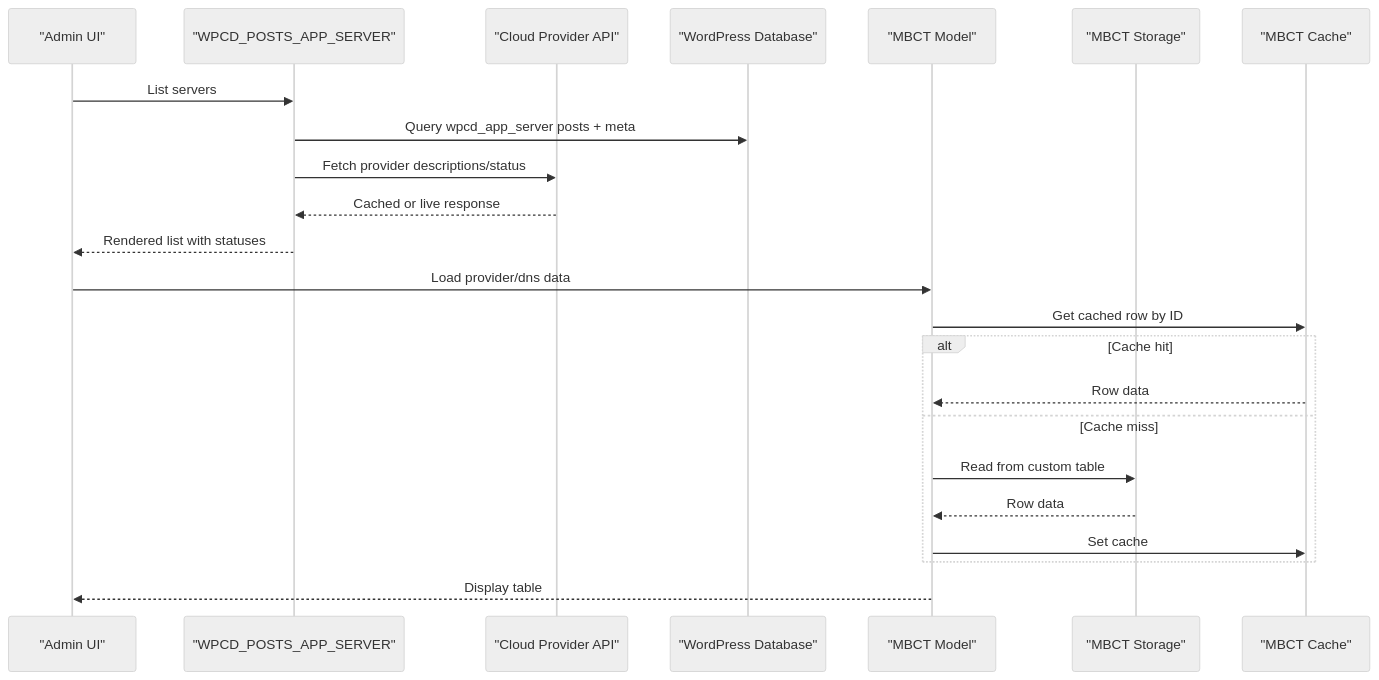
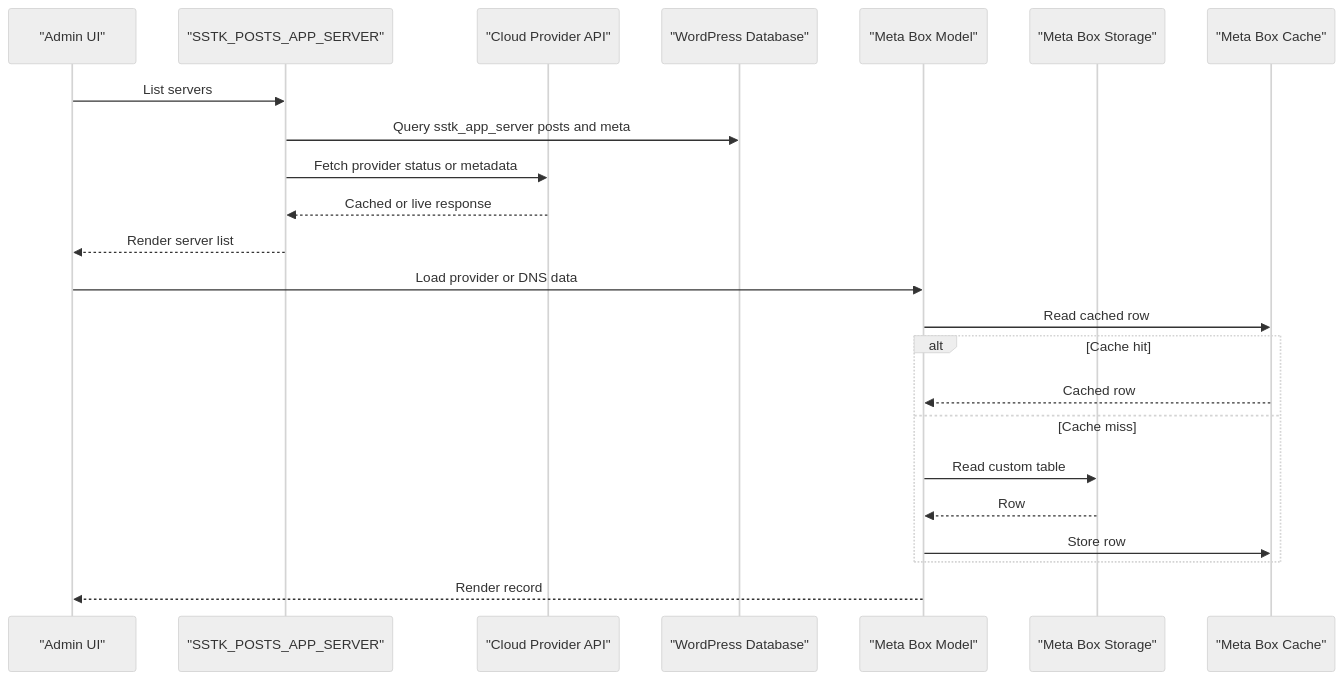
The second of 3 diagrams in .qoder/repowiki/en/content/Data Management/Data Access Patterns.md (onedogsolutions/simple-stack), drawn with Mermaid (neutral theme) before and after one commit. The commit also changed other lines of this file and 5941 other files, not shown here.

````diff
--- a/.qoder/repowiki/en/content/Data Management/Data Access Patterns.md
+++ b/.qoder/repowiki/en/content/Data Management/Data Access Patterns.md
@@ -117,25 +86,25 @@
 ```mermaid
 sequenceDiagram
 participant Admin as "Admin UI"
-participant AppServer as "WPCD_POSTS_APP_SERVER"
+participant AppServer as "SSTK_POSTS_APP_SERVER"
 participant ProviderAPI as "Cloud Provider API"
 participant WPDB as "WordPress Database"
-participant CTModel as "MBCT Model"
-participant CTStorage as "MBCT Storage"
-participant CTCache as "MBCT Cache"
+participant CTModel as "Meta Box Model"
+participant CTStorage as "Meta Box Storage"
+participant CTCache as "Meta Box Cache"
 Admin->>AppServer : List servers
-AppServer->>WPDB : Query wpcd_app_server posts + meta
-AppServer->>ProviderAPI : Fetch provider descriptions/status
+AppServer->>WPDB : Query sstk_app_server posts and meta
+AppServer->>ProviderAPI : Fetch provider status or metadata
 ProviderAPI-->>AppServer : Cached or live response
-AppServer-->>Admin : Rendered list with statuses
-Admin->>CTModel : Load provider/dns data
-CTModel->>CTCache : Get cached row by ID
+AppServer-->>Admin : Render server list
+Admin->>CTModel : Load provider or DNS data
+CTModel->>CTCache : Read cached row
 alt Cache hit
-CTCache-->>CTModel : Row data
+CTCache-->>CTModel : Cached row
 else Cache miss
-CTModel->>CTStorage : Read from custom table
-CTStorage-->>CTModel : Row data
-CTModel->>CTCache : Set cache
+CTModel->>CTStorage : Read custom table
+CTStorage-->>CTModel : Row
+CTModel->>CTCache : Store row
 end
-CTModel-->>Admin : Display table
+CTModel-->>Admin : Render record
 ```
````
